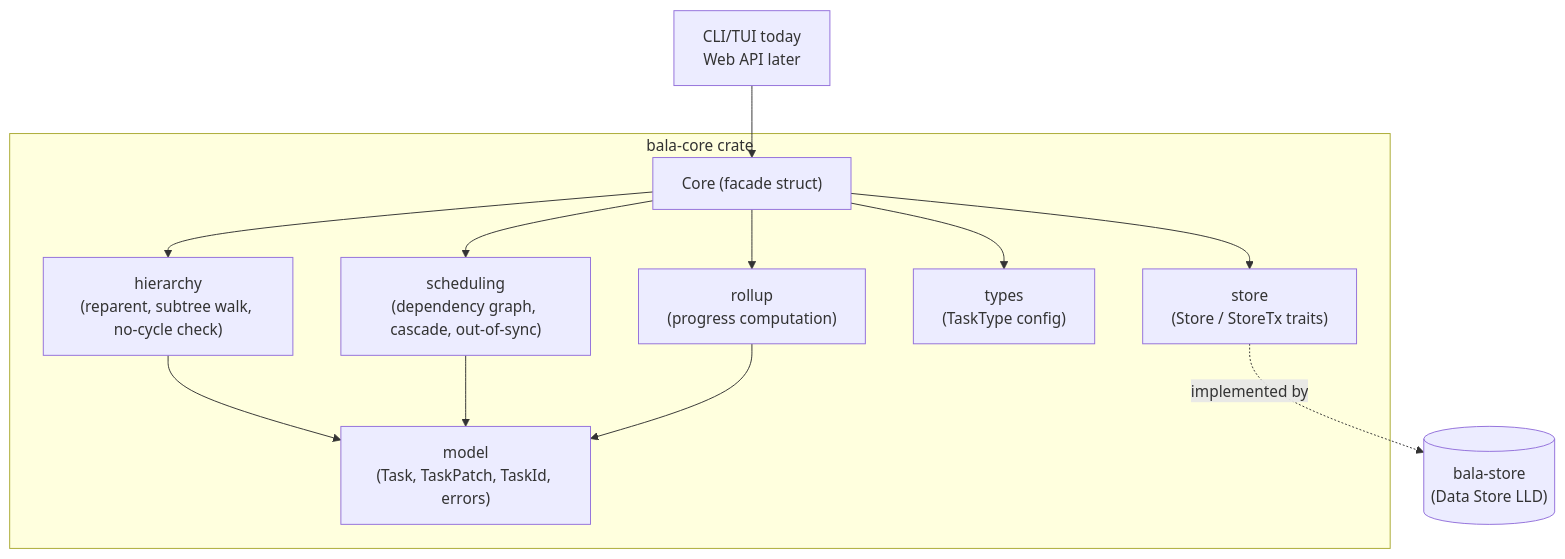
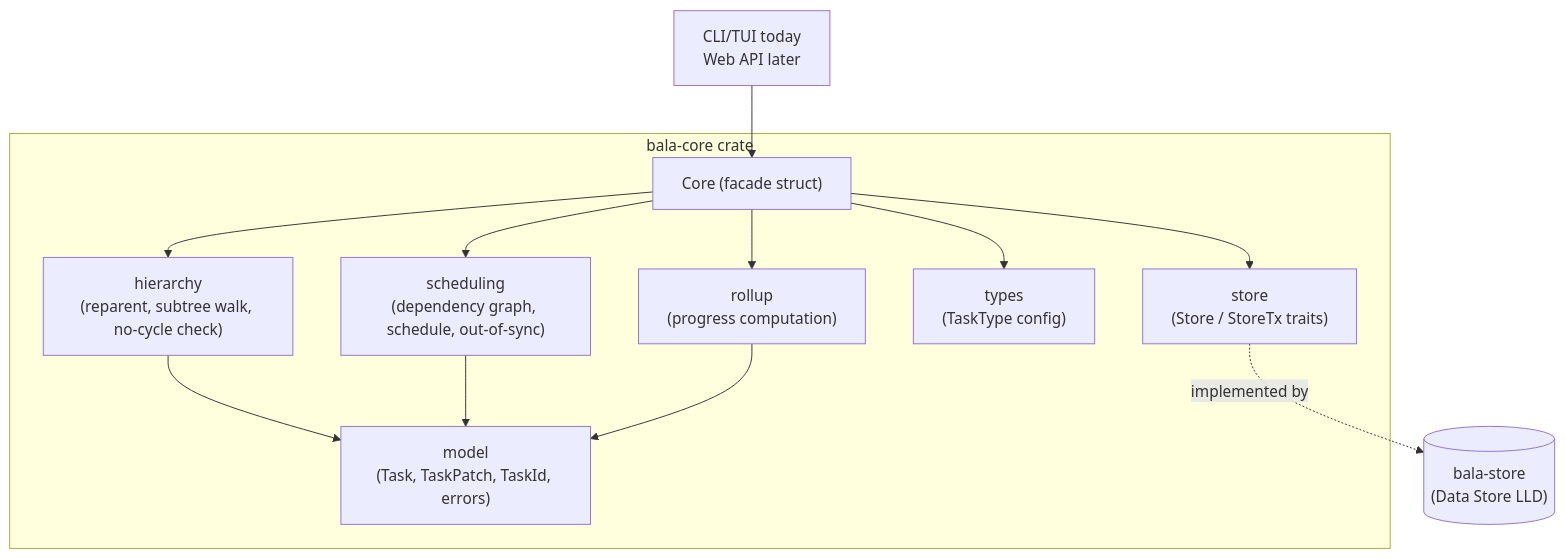
Before and after one commit to sleb/bala: the diagram in docs/design/core-library.md, drawn with Mermaid. The commit also changed other lines of this file and 21 other files, not shown here.

````diff
--- a/docs/design/core-library.md
+++ b/docs/design/core-library.md
@@ -49,22 +49,22 @@
 ```mermaid
 flowchart TB
     subgraph "bala-core crate"
         Facade["Core (facade struct)"]
         Hierarchy["hierarchy\n(reparent, subtree walk, no-cycle check)"]
-        Scheduling["scheduling\n(dependency graph, cascade, out-of-sync)"]
+        Scheduling["scheduling\n(dependency graph, schedule, out-of-sync)"]
         Rollup["rollup\n(progress computation)"]
         Types["types\n(TaskType config)"]
         Model["model\n(Task, TaskPatch, TaskId, errors)"]
         StoreTrait["store\n(Store / StoreTx traits)"]
     end
     Caller["CLI/TUI today\nWeb API later"] --> Facade
     Facade --> Hierarchy
     Facade --> Scheduling
     Facade --> Rollup
     Facade --> Types
     Hierarchy --> Model
     Scheduling --> Model
     Rollup --> Model
     Facade --> StoreTrait
     StoreTrait -.implemented by.-> DataStore[("bala-store\n(Data Store LLD)")]
 ```
````
